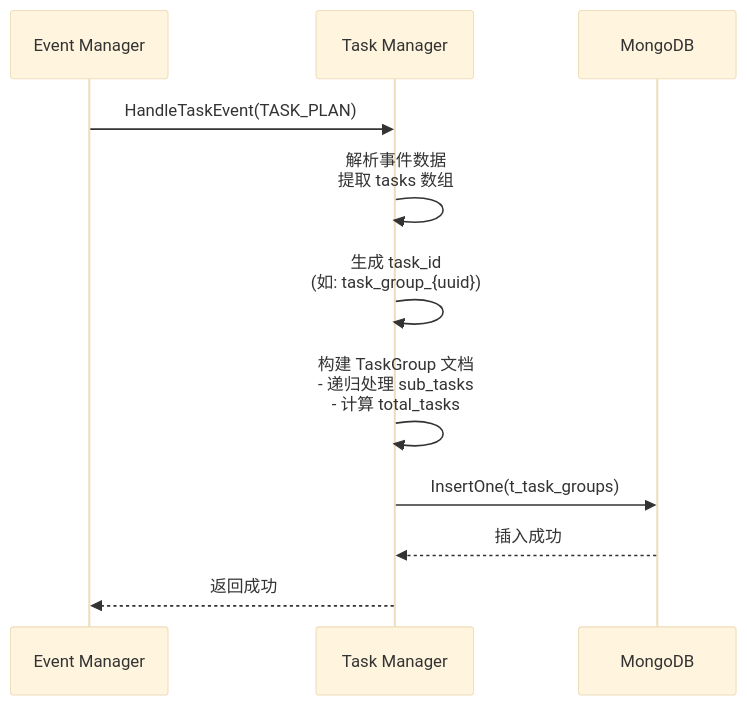
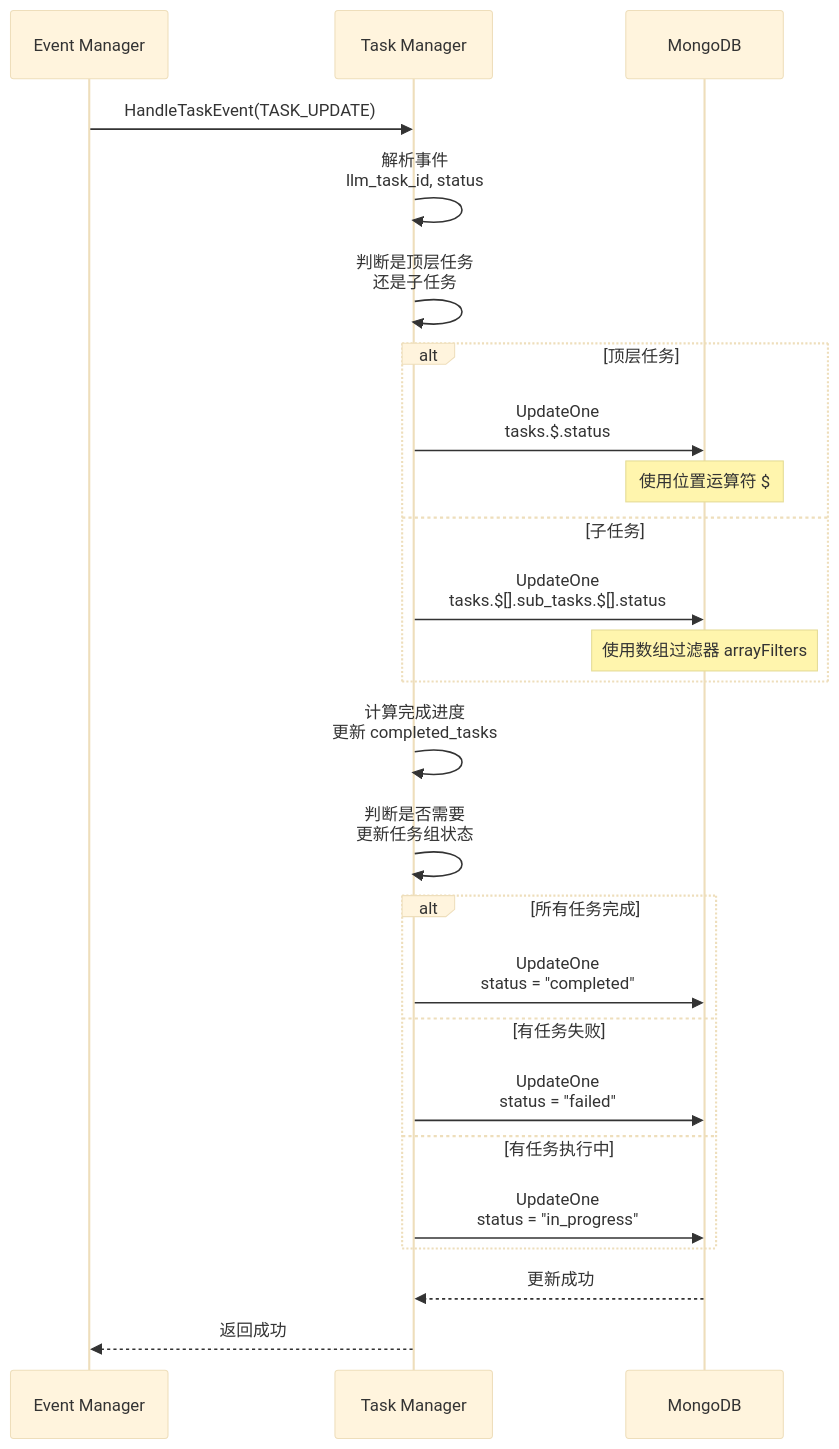
One commit to yingjianzh/iodraw-files changed the diagram in all/未命名-10.md. Above: the diagram before and after it, drawn with Mermaid (base theme).

Commit message:
2025-12-25 10:11:31 update

````diff
--- a/all/未命名-10.md
+++ b/all/未命名-10.md
@@ -1,20 +1,35 @@
 ```mermaid
 sequenceDiagram
     participant EM as Event Manager
     participant TM as Task Manager
     participant DB as MongoDB
     
-    EM->>TM: HandleTaskEvent(TASK_PLAN)
+    EM->>TM: HandleTaskEvent(TASK_UPDATE)
     
-    TM->>TM: 解析事件数据<br/>提取 tasks 数组
+    TM->>TM: 解析事件<br/>llm_task_id, status
     
-    TM->>TM: 生成 task_id<br/>(如: task_group_{uuid})
+    TM->>TM: 判断是顶层任务<br/>还是子任务
     
-    TM->>TM: 构建 TaskGroup 文档<br/>- 递归处理 sub_tasks<br/>- 计算 total_tasks
+    alt 顶层任务
+        TM->>DB: UpdateOne<br/>tasks.$.status
+        Note over DB: 使用位置运算符 $
+    else 子任务
+        TM->>DB: UpdateOne<br/>tasks.$[].sub_tasks.$[].status
+        Note over DB: 使用数组过滤器 arrayFilters
+    end
     
-    TM->>DB: InsertOne(t_task_groups)
+    TM->>TM: 计算完成进度<br/>更新 completed_tasks
     
-    DB-->>TM: 插入成功
+    TM->>TM: 判断是否需要<br/>更新任务组状态
     
+    alt 所有任务完成
+        TM->>DB: UpdateOne<br/>status = "completed"
+    else 有任务失败
+        TM->>DB: UpdateOne<br/>status = "failed"
+    else 有任务执行中
+        TM->>DB: UpdateOne<br/>status = "in_progress"
+    end
+    
+    DB-->>TM: 更新成功
     TM-->>EM: 返回成功
 ```
````
